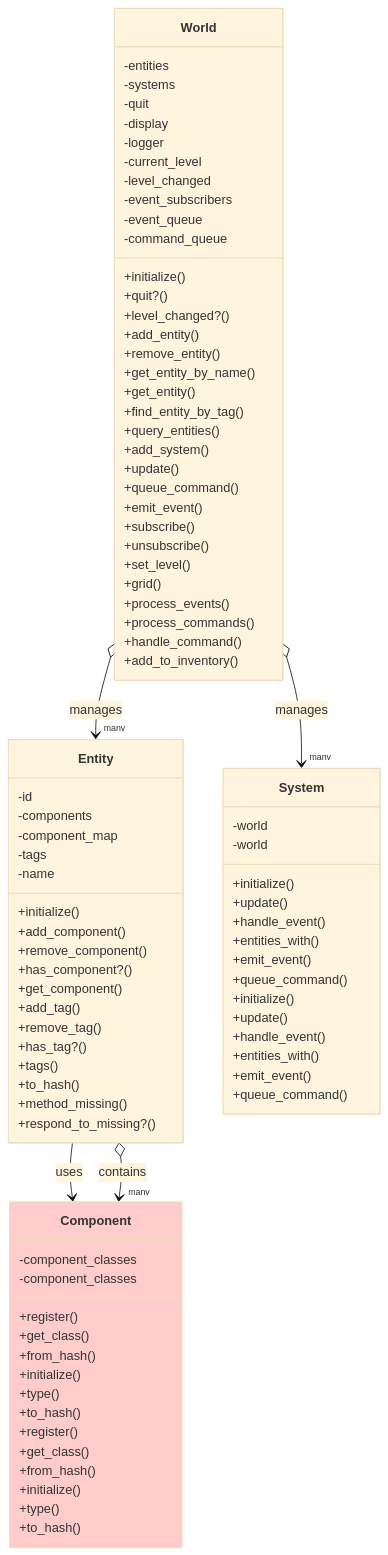
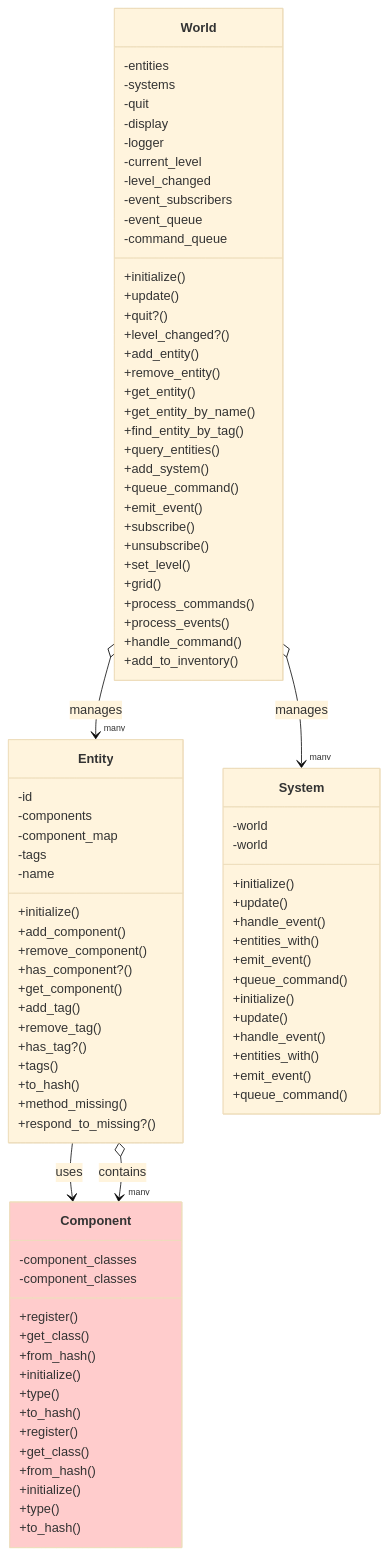
Before and after one commit to Davidslv/vanilla-roguelike: the diagram in documents/diagrams/core.mmd, drawn with Mermaid (base theme). The commit also changed other lines of this file and 11 other files, not shown here.

```diff
--- a/documents/diagrams/core.mmd
+++ b/documents/diagrams/core.mmd
@@ -1,101 +1,101 @@
 classDiagram
   subgraph Core
     class Component {
       -component_classes
       +register()
       +get_class()
       +from_hash()
       +initialize()
       +type()
       +to_hash()
     }
     class Entity {
       -id
       -components
       -component_map
       -tags
       -name
       +initialize()
       +add_component()
       +remove_component()
       +has_component?()
       +get_component()
       +add_tag()
       +remove_tag()
       +has_tag?()
       +tags()
       +to_hash()
       +method_missing()
       +respond_to_missing?()
     }
     class System {
       -world
       +initialize()
       +update()
       +handle_event()
       +entities_with()
       +emit_event()
       +queue_command()
     }
     class World {
       -entities
       -systems
       -quit
       -display
       -logger
       -current_level
       -level_changed
       -event_subscribers
       -event_queue
       -command_queue
       +initialize()
+      +update()
       +quit?()
       +level_changed?()
       +add_entity()
       +remove_entity()
+      +get_entity()
       +get_entity_by_name()
-      +get_entity()
       +find_entity_by_tag()
       +query_entities()
       +add_system()
-      +update()
       +queue_command()
       +emit_event()
       +subscribe()
       +unsubscribe()
       +set_level()
       +grid()
+      +process_commands()
       +process_events()
-      +process_commands()
       +handle_command()
       +add_to_inventory()
     }
   end
   subgraph Components
     class Component {
       -component_classes
       +register()
       +get_class()
       +from_hash()
       +initialize()
       +type()
       +to_hash()
     }
     style Component fill:#ffcccc
   end
   subgraph Systems
     class System {
       -world
       +initialize()
       +update()
       +handle_event()
       +entities_with()
       +emit_event()
       +queue_command()
     }
   end
   %% Relationships
   Entity --> Component : uses
   Entity o--> "many" Component : contains
   World o--> "many" Entity : manages
   World o--> "many" System : manages
```
